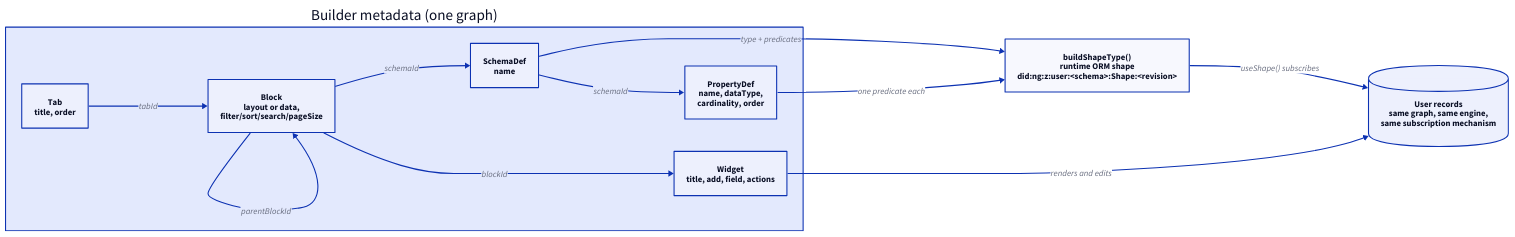
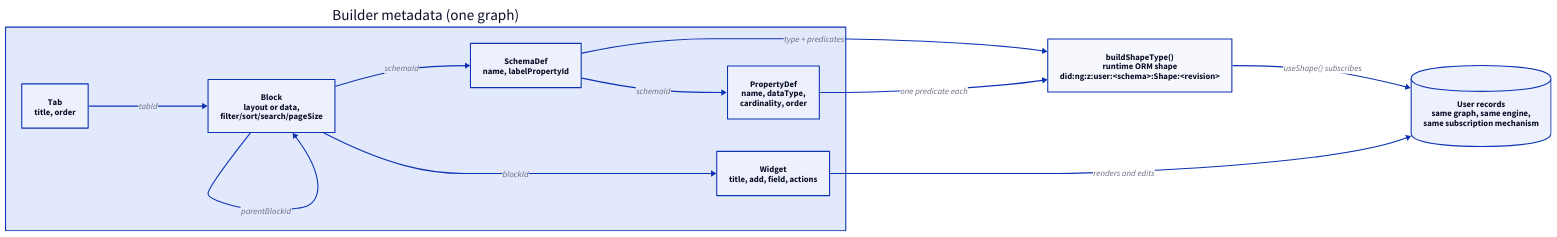
Before and after one commit to macsplit/datalet: the diagram in docs/diagrams/metadata-model.d2, drawn with D2. The commit also changed 20 other files, not shown here.

```diff
--- a/docs/diagrams/metadata-model.d2
+++ b/docs/diagrams/metadata-model.d2
@@ -1,26 +1,26 @@
 direction: right
 
 builder: "Builder metadata (one graph)" {
   tab: "Tab\ntitle, order"
   block: "Block\nlayout or data,\nfilter/sort/search/pageSize"
   widget: "Widget\ntitle, add, field, actions"
-  schemadef: "SchemaDef\nname"
+  schemadef: "SchemaDef\nname, labelPropertyId"
   property: "PropertyDef\nname, dataType,\ncardinality, order"
 
   tab -> block: "tabId"
   block -> block: "parentBlockId"
   block -> widget: "blockId"
   block -> schemadef: "schemaId"
   schemadef -> property: "schemaId"
 }
 
 runtimeshape: "buildShapeType()\nruntime ORM shape\ndid:ng:z:user:<schema>:Shape:<revision>"
 
 records: "User records\nsame graph, same engine,\nsame subscription mechanism" {
   shape: cylinder
 }
 
 builder.schemadef -> runtimeshape: "type + predicates"
 builder.property -> runtimeshape: "one predicate each"
 runtimeshape -> records: "useShape() subscribes"
 builder.widget -> records: "renders and edits"
```
